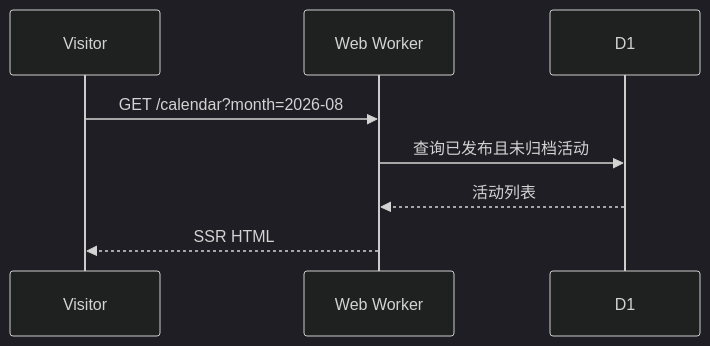
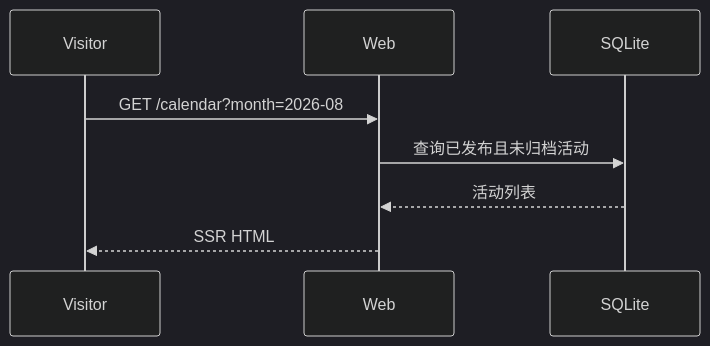
The second of 3 diagrams in docs/architecture.md (frip-fans/fripsi.de), drawn with Mermaid (dark theme) before and after one commit. The commit also changed other lines of this file and 144 other files, not shown here.

````diff
--- a/docs/architecture.md
+++ b/docs/architecture.md
@@ -128,10 +133,10 @@
 ```mermaid
 sequenceDiagram
     participant V as Visitor
-    participant W as Web Worker
-    participant D as D1
+    participant W as Web
+    participant D as SQLite
     V->>W: GET /calendar?month=2026-08
     W->>D: 查询已发布且未归档活动
     D-->>W: 活动列表
     W-->>V: SSR HTML
 ```
````
